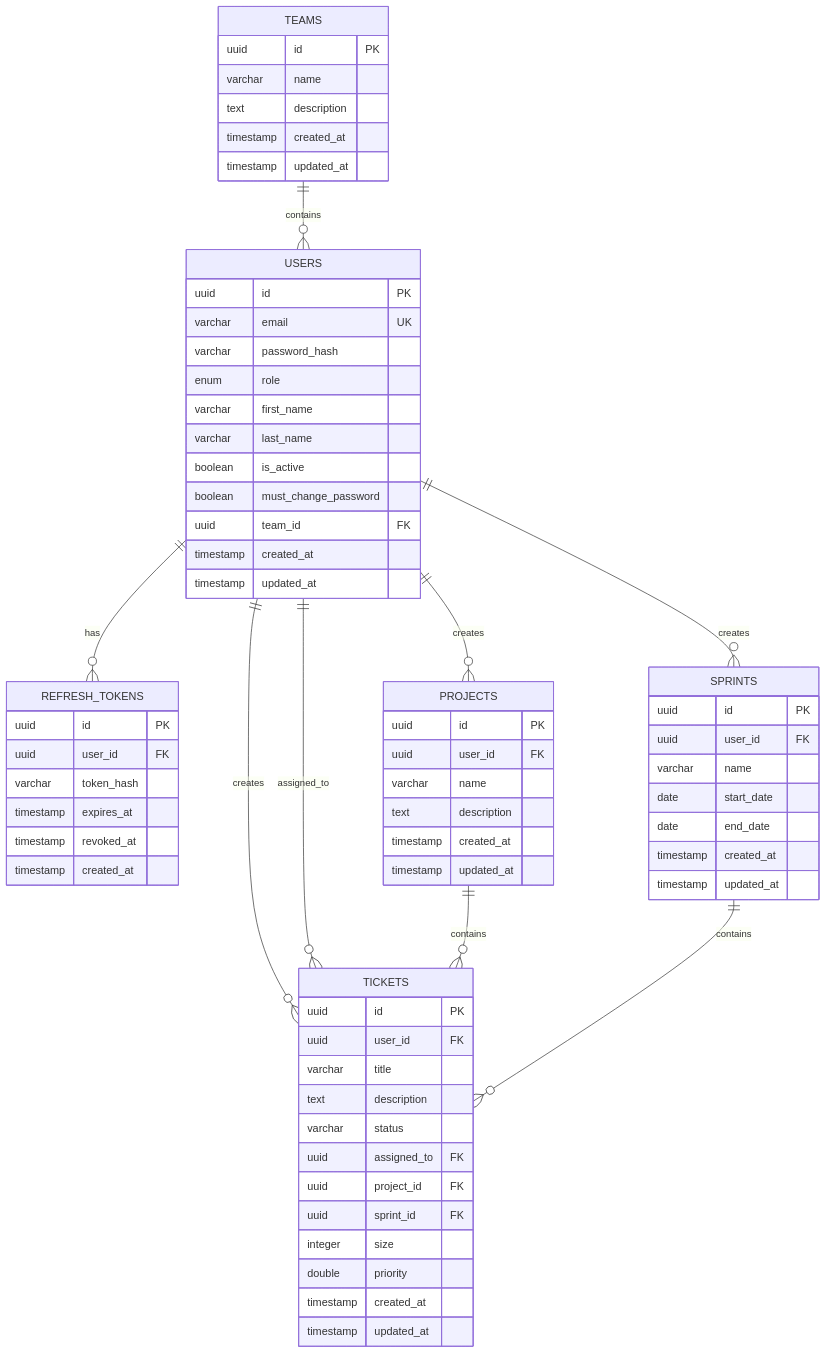
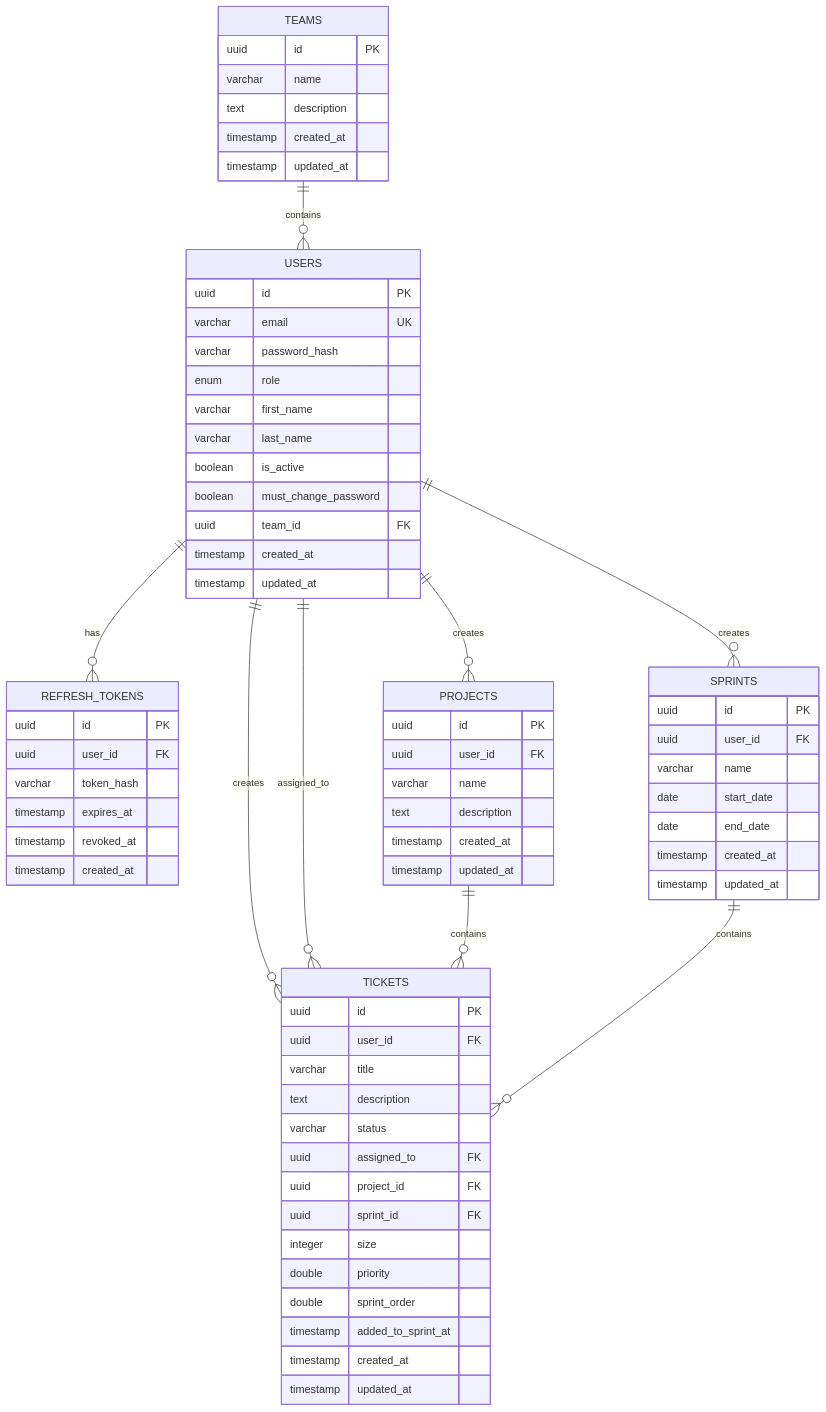
Before and after one commit to cfegela/flyhalf: the diagram in README.md, drawn with Mermaid. The commit also changed other lines of this file, not shown here.

Commit message:
Update README with sprint board and report enhancements

````diff
--- a/README.md
+++ b/README.md
@@ -510,76 +521,78 @@
 ```mermaid
 erDiagram
     TEAMS ||--o{ USERS : "contains"
     USERS ||--o{ REFRESH_TOKENS : "has"
     USERS ||--o{ TICKETS : "creates"
     USERS ||--o{ TICKETS : "assigned_to"
     USERS ||--o{ PROJECTS : "creates"
     USERS ||--o{ SPRINTS : "creates"
     PROJECTS ||--o{ TICKETS : "contains"
     SPRINTS ||--o{ TICKETS : "contains"
 
     TEAMS {
         uuid id PK
         varchar name
         text description
         timestamp created_at
         timestamp updated_at
     }
 
     USERS {
         uuid id PK
         varchar email UK
         varchar password_hash
         enum role
         varchar first_name
         varchar last_name
         boolean is_active
         boolean must_change_password
         uuid team_id FK
         timestamp created_at
         timestamp updated_at
     }
 
     REFRESH_TOKENS {
         uuid id PK
         uuid user_id FK
         varchar token_hash
         timestamp expires_at
         timestamp revoked_at
         timestamp created_at
     }
 
     PROJECTS {
         uuid id PK
         uuid user_id FK
         varchar name
         text description
         timestamp created_at
         timestamp updated_at
     }
 
     SPRINTS {
         uuid id PK
         uuid user_id FK
         varchar name
         date start_date
         date end_date
         timestamp created_at
         timestamp updated_at
     }
 
     TICKETS {
         uuid id PK
         uuid user_id FK
         varchar title
         text description
         varchar status
         uuid assigned_to FK
         uuid project_id FK
         uuid sprint_id FK
         integer size
         double priority
+        double sprint_order
+        timestamp added_to_sprint_at
         timestamp created_at
         timestamp updated_at
     }
 ```
````
